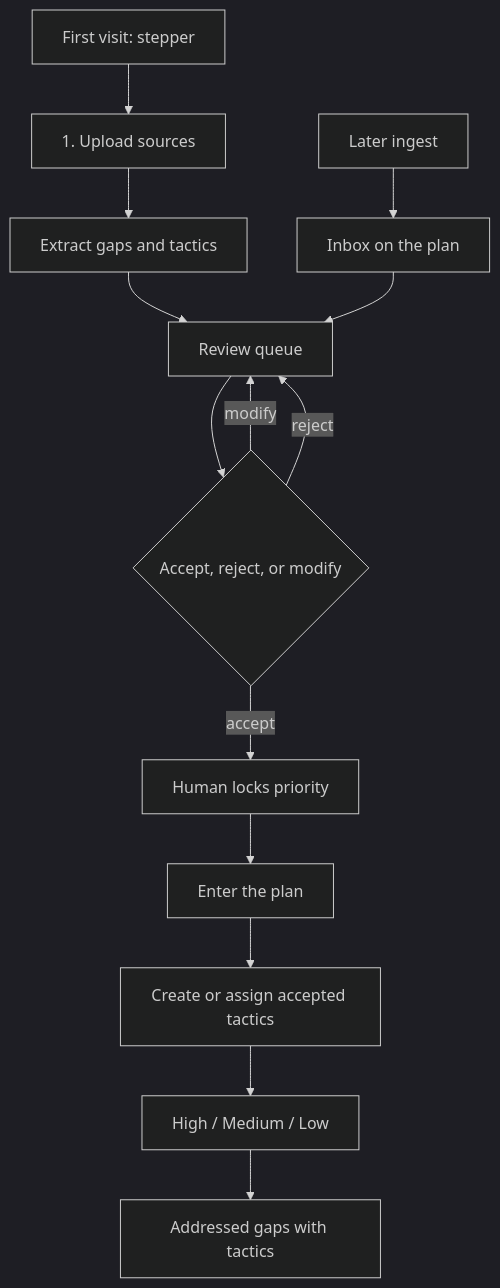
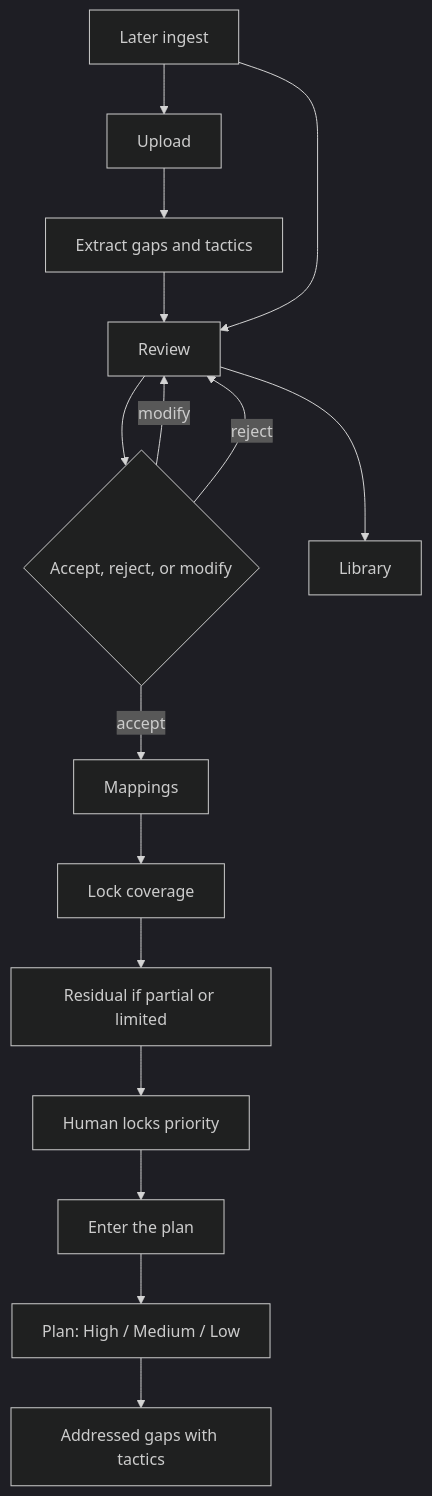
The first of 2 diagrams in docs/problem-and-solution.md (Shashb21/synapse), drawn with Mermaid (dark theme) before and after one commit. The commit also changed other lines of this file and 19 other files, not shown here.

````diff
--- a/docs/problem-and-solution.md
+++ b/docs/problem-and-solution.md
@@ -50,28 +50,31 @@
 ```mermaid
 flowchart TD
-  wizard["First visit: stepper"]
-  upload["1. Upload sources"]
+  upload["Upload"]
   extract["Extract gaps and tactics"]
-  review["Review queue"]
+  review["Review"]
   decide{"Accept, reject, or modify"}
+  mappings["Mappings"]
+  library["Library"]
+  coverage["Lock coverage"]
+  residual["Residual if partial or limited"]
   pri["Human locks priority"]
   enter["Enter the plan"]
-  inbox["Inbox on the plan"]
-  assign["Create or assign accepted tactics"]
-  board["High / Medium / Low"]
+  board["Plan: High / Medium / Low"]
   closed["Addressed gaps with tactics"]
   later["Later ingest"]
-  wizard --> upload
   upload --> extract
   extract --> review
   review --> decide
   decide -->|modify| review
   decide -->|reject| review
-  decide -->|accept| pri
+  decide -->|accept| mappings
+  review --> library
+  mappings --> coverage
+  coverage --> residual
+  residual --> pri
   pri --> enter
-  enter --> assign
-  assign --> board
+  enter --> board
   board --> closed
-  later --> inbox
-  inbox --> review
+  later --> upload
+  later --> review
 ```
````
